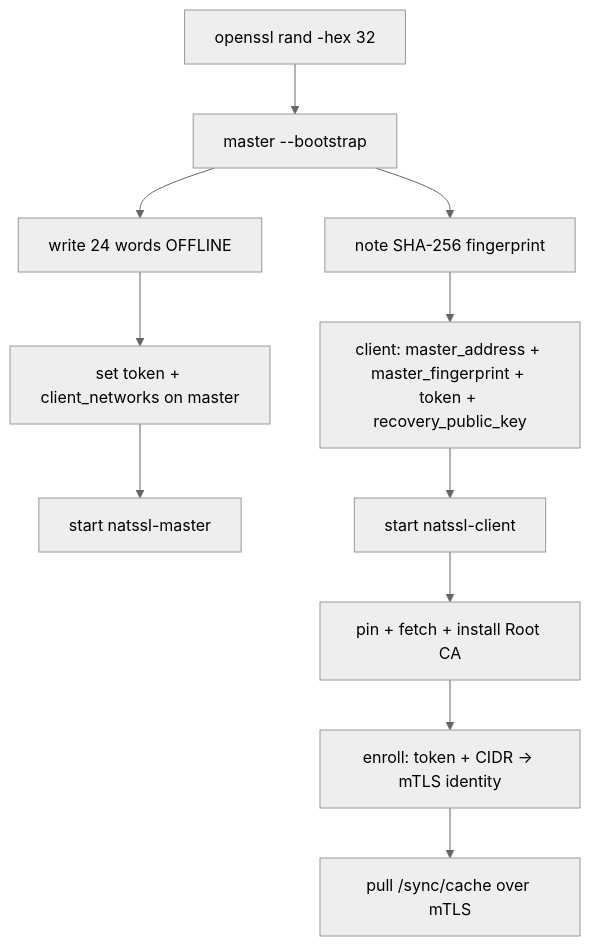
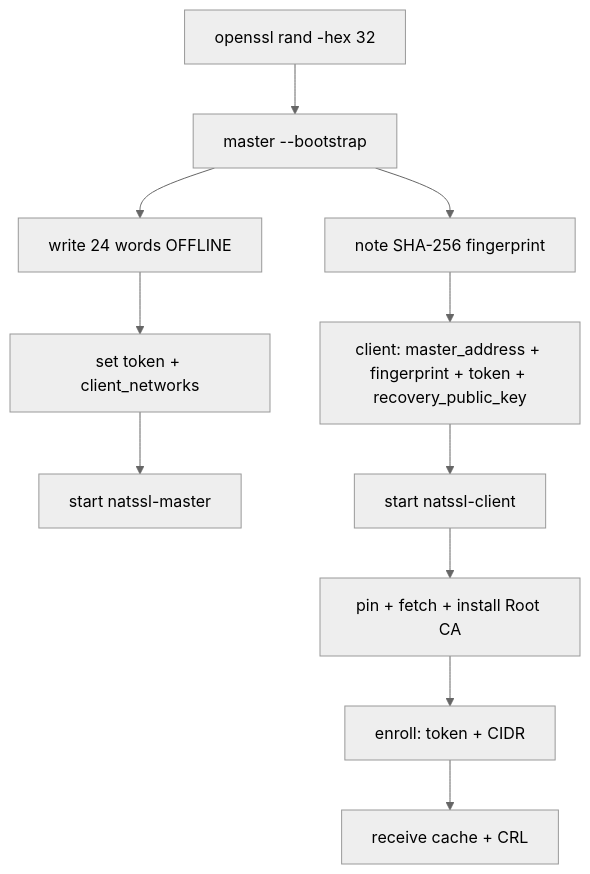
Before and after one commit to iskyneon/natssl: the first of 2 diagrams in docs/DEPLOYMENT.md, drawn with Mermaid (neutral theme). The commit also changed other lines of this file and 14 other files, not shown here.

````diff
--- a/docs/DEPLOYMENT.md
+++ b/docs/DEPLOYMENT.md
@@ -115,13 +73,13 @@
 ```mermaid
 flowchart TD
     T[openssl rand -hex 32] --> A[master --bootstrap]
     A --> FP[note SHA-256 fingerprint]
     A --> B[write 24 words OFFLINE]
-    B --> C[set token + client_networks on master]
+    B --> C[set token + client_networks]
     C --> D[start natssl-master]
-    FP --> E[client: master_address + master_fingerprint + token + recovery_public_key]
+    FP --> E[client: master_address + fingerprint + token + recovery_public_key]
     E --> F[start natssl-client]
     F --> G[pin + fetch + install Root CA]
-    G --> H[enroll: token + CIDR -> mTLS identity]
-    H --> I[pull /sync/cache over mTLS]
+    G --> H[enroll: token + CIDR]
+    H --> I[receive cache + CRL]
 ```
````
